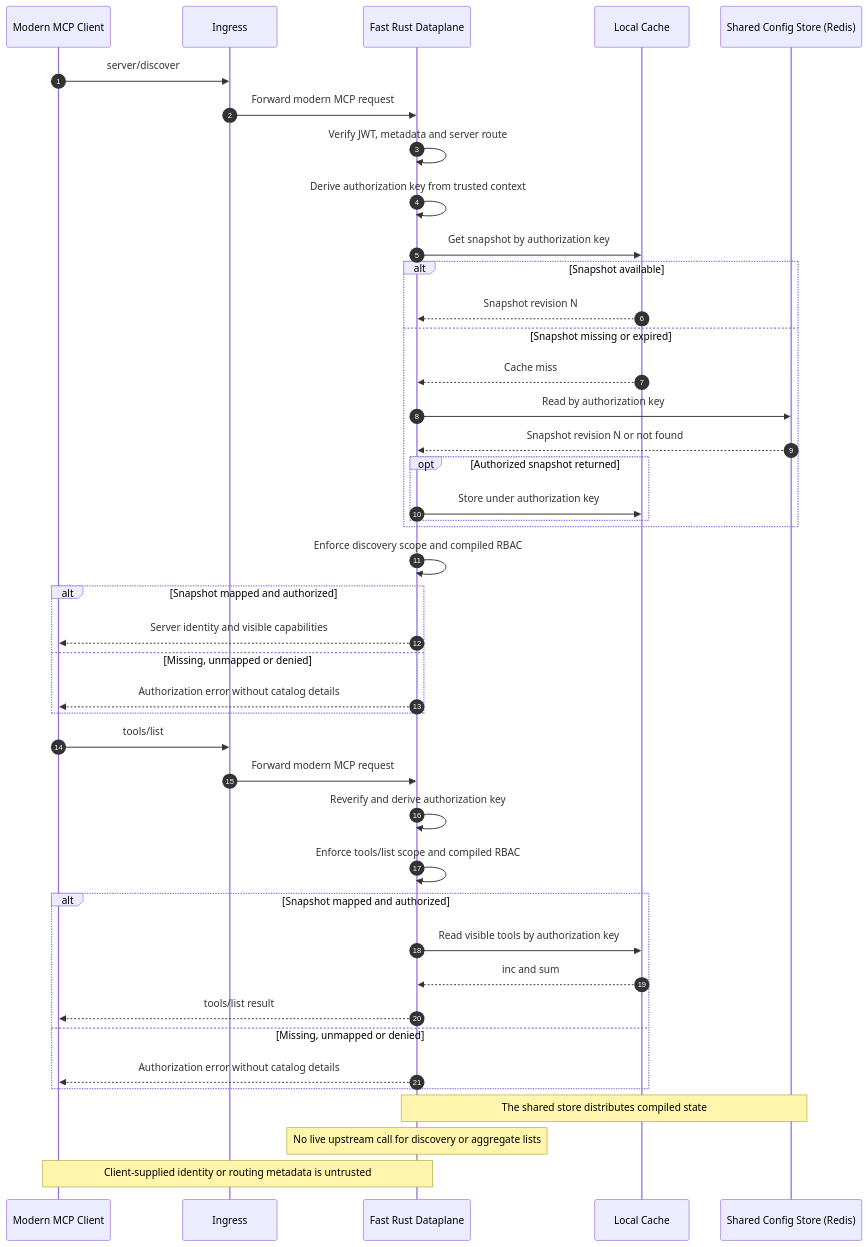
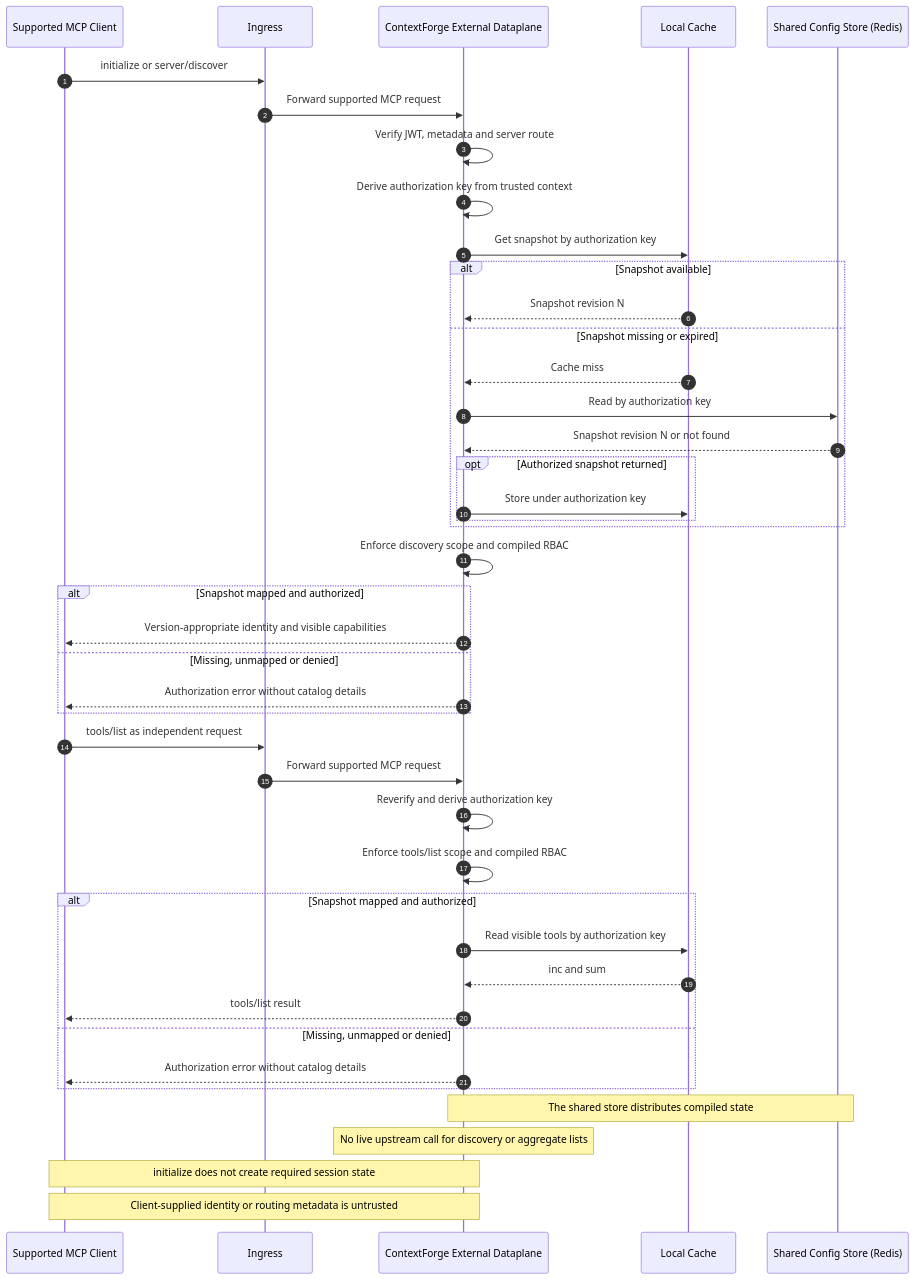
Before and after one commit to contextforge-gateway-rs/contextforge-gateway-rs: the third of 5 diagrams in _context/wiki/mcp-capability-allocation.md, drawn with Mermaid. The commit also changed other lines of this file and 11 other files, not shown here.

````diff
--- a/_context/wiki/mcp-capability-allocation.md
+++ b/_context/wiki/mcp-capability-allocation.md
@@ -222,49 +265,50 @@
 ```mermaid
 sequenceDiagram
     autonumber
-    participant Client as Modern MCP Client
+    participant Client as Supported MCP Client
     participant Ingress
-    participant DP as Fast Rust Dataplane
+    participant DP as ContextForge External Dataplane
     participant Cache as Local Cache
     participant Store as Shared Config Store (Redis)
 
-    Client->>Ingress: server/discover
-    Ingress->>DP: Forward modern MCP request
+    Client->>Ingress: initialize or server/discover
+    Ingress->>DP: Forward supported MCP request
     DP->>DP: Verify JWT, metadata and server route
     DP->>DP: Derive authorization key from trusted context
     DP->>Cache: Get snapshot by authorization key
 
     alt Snapshot available
         Cache-->>DP: Snapshot revision N
     else Snapshot missing or expired
         Cache-->>DP: Cache miss
         DP->>Store: Read by authorization key
         Store-->>DP: Snapshot revision N or not found
         opt Authorized snapshot returned
             DP->>Cache: Store under authorization key
         end
     end
 
     DP->>DP: Enforce discovery scope and compiled RBAC
     alt Snapshot mapped and authorized
-        DP-->>Client: Server identity and visible capabilities
+        DP-->>Client: Version-appropriate identity and visible capabilities
     else Missing, unmapped or denied
         DP-->>Client: Authorization error without catalog details
     end
 
-    Client->>Ingress: tools/list
-    Ingress->>DP: Forward modern MCP request
+    Client->>Ingress: tools/list as independent request
+    Ingress->>DP: Forward supported MCP request
     DP->>DP: Reverify and derive authorization key
     DP->>DP: Enforce tools/list scope and compiled RBAC
     alt Snapshot mapped and authorized
         DP->>Cache: Read visible tools by authorization key
         Cache-->>DP: inc and sum
         DP-->>Client: tools/list result
     else Missing, unmapped or denied
         DP-->>Client: Authorization error without catalog details
     end
 
     Note over DP,Store: The shared store distributes compiled state
     Note over DP: No live upstream call for discovery or aggregate lists
+    Note over Client,DP: initialize does not create required session state
     Note over Client,DP: Client-supplied identity or routing metadata is untrusted
 ```
````
